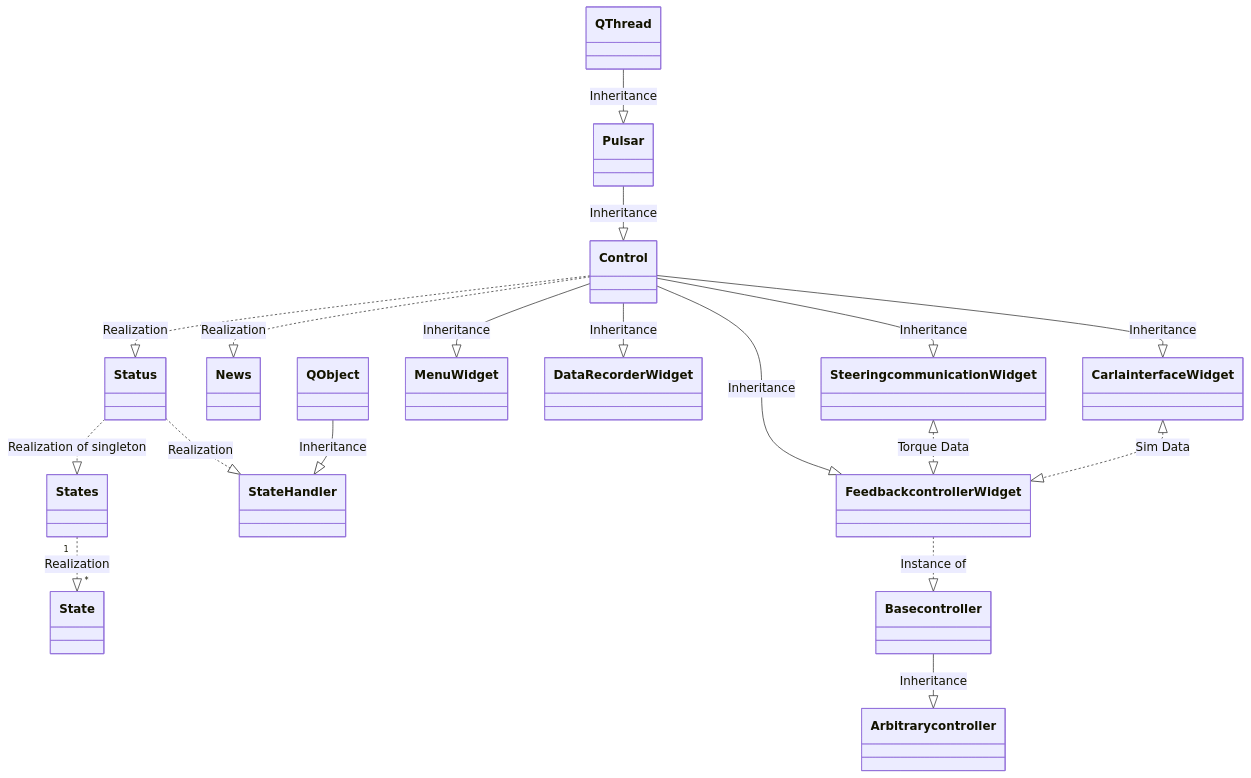
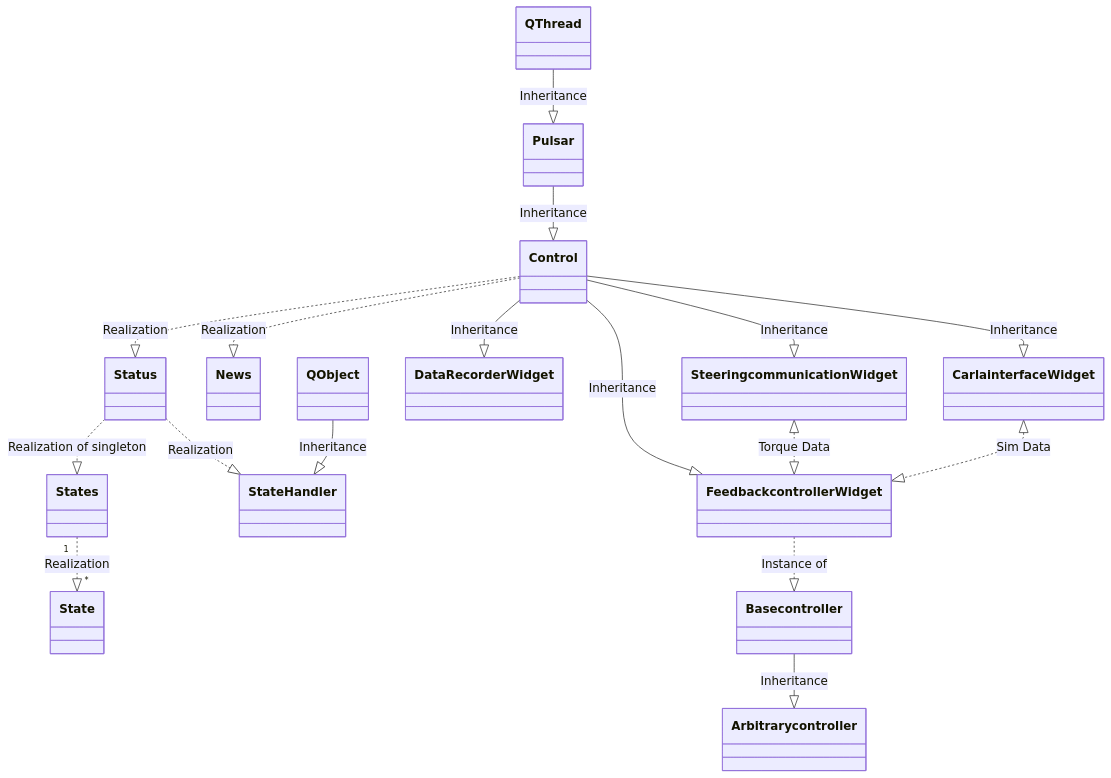
The diagram in README.md (tud-hri/joan), drawn with Mermaid before and after one commit. The commit also changed other lines of this file, not shown here.

````diff
--- a/README.md
+++ b/README.md
@@ -39,38 +39,36 @@
 ```mermaid
     classDiagram
         class Status
         class News
         class State
         class States
         class StateHandler
         class Pulsar
         class QObject
         class QThread
-        class MenuWidget
         class DataRecorderWidget
         class FeedbackcontrollerWidget
         class Basecontroller
         class Arbitrarycontroller
         class CarlainterfaceWidget
 
         States "1" ..|> "*" State : Realization
         Status ..|> States : Realization of singleton
         Status ..|> StateHandler : Realization
         QObject --|> StateHandler : Inheritance
         QThread --|> Pulsar : Inheritance
         Pulsar --|> Control : Inheritance
         Control ..|> Status : Realization
         Control ..|> News : Realization
-        Control --|> MenuWidget : Inheritance
         Control  --|> DataRecorderWidget : Inheritance
         Control --|> FeedbackcontrollerWidget: Inheritance
         Control --|> SteeringcommunicationWidget: Inheritance
         Control --|> CarlainterfaceWidget: Inheritance
 
         FeedbackcontrollerWidget ..|> Basecontroller: Instance of
         Basecontroller --|> Arbitrarycontroller: Inheritance
 
         SteeringcommunicationWidget <|..|> FeedbackcontrollerWidget : Torque Data
         CarlainterfaceWidget <|..|> FeedbackcontrollerWidget: Sim Data
 
 ```
````
